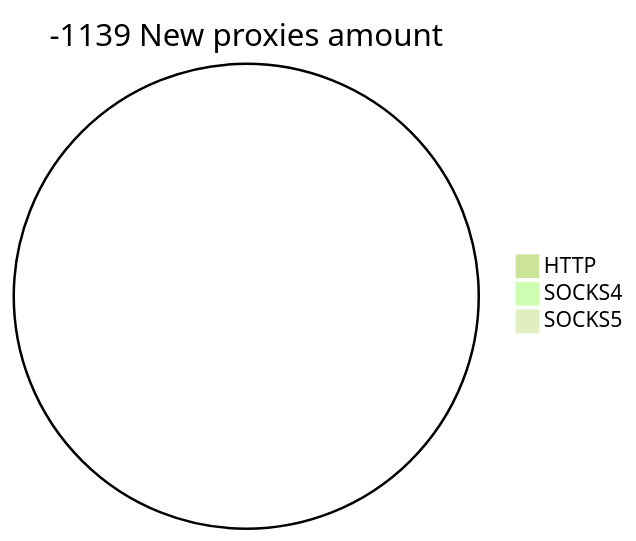
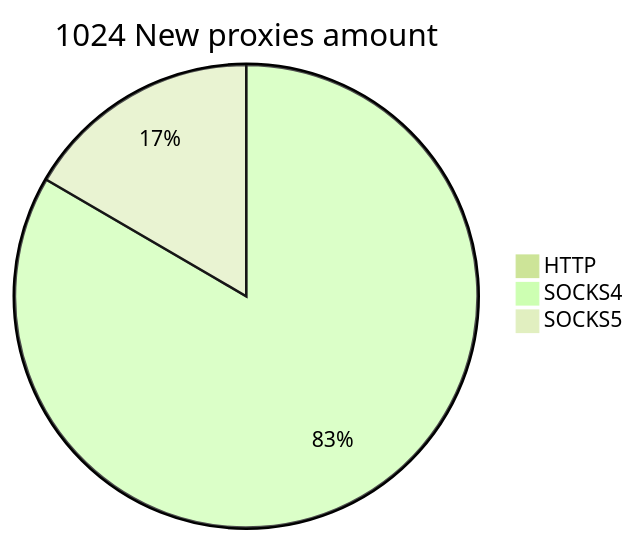
Before and after one commit to cutipu/proxylist: the second of 2 diagrams in README.md, drawn with Mermaid (forest theme). The commit also changed other lines of this file, not shown here.

````diff
--- a/README.md
+++ b/README.md
@@ -10,6 +10,6 @@
 ```mermaid
-pie title -1139 New proxies amount
+pie title 1024 New proxies amount
     "HTTP" : 0
-    "SOCKS4" : 0
-    "SOCKS5" : 0
+    "SOCKS4" : 965
+    "SOCKS5" : 192
 ```
````
